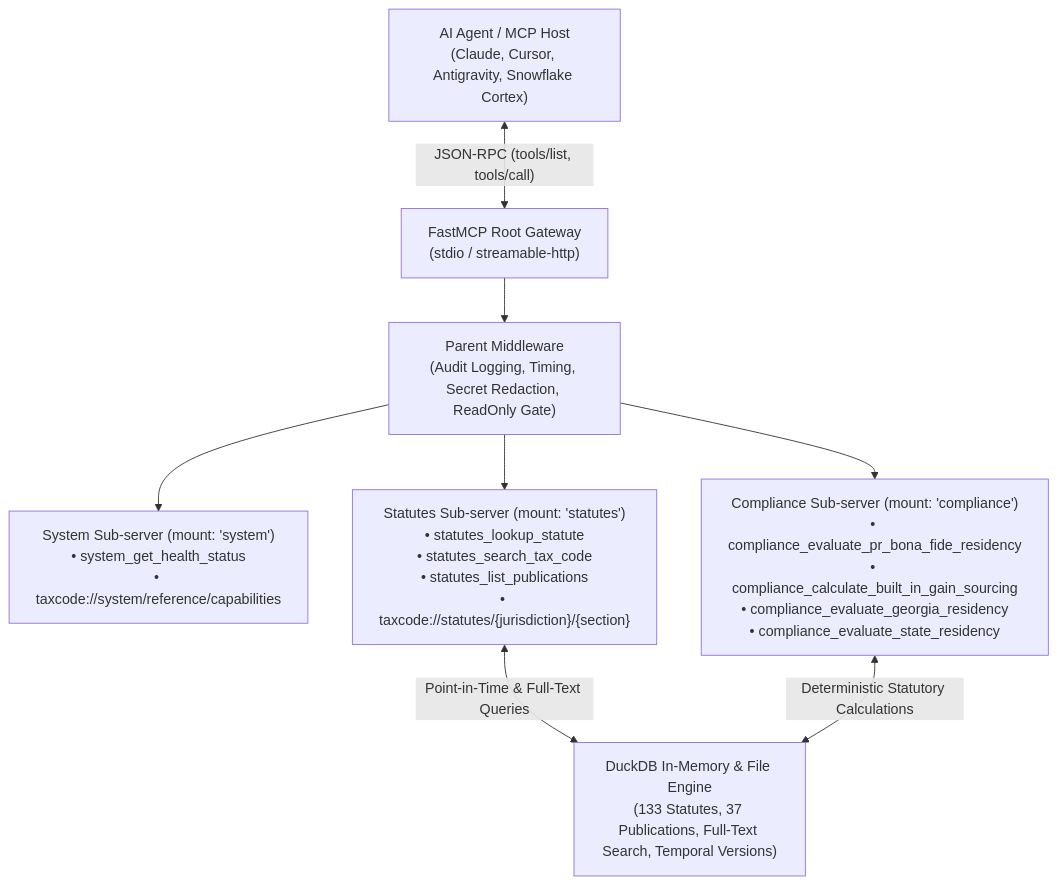
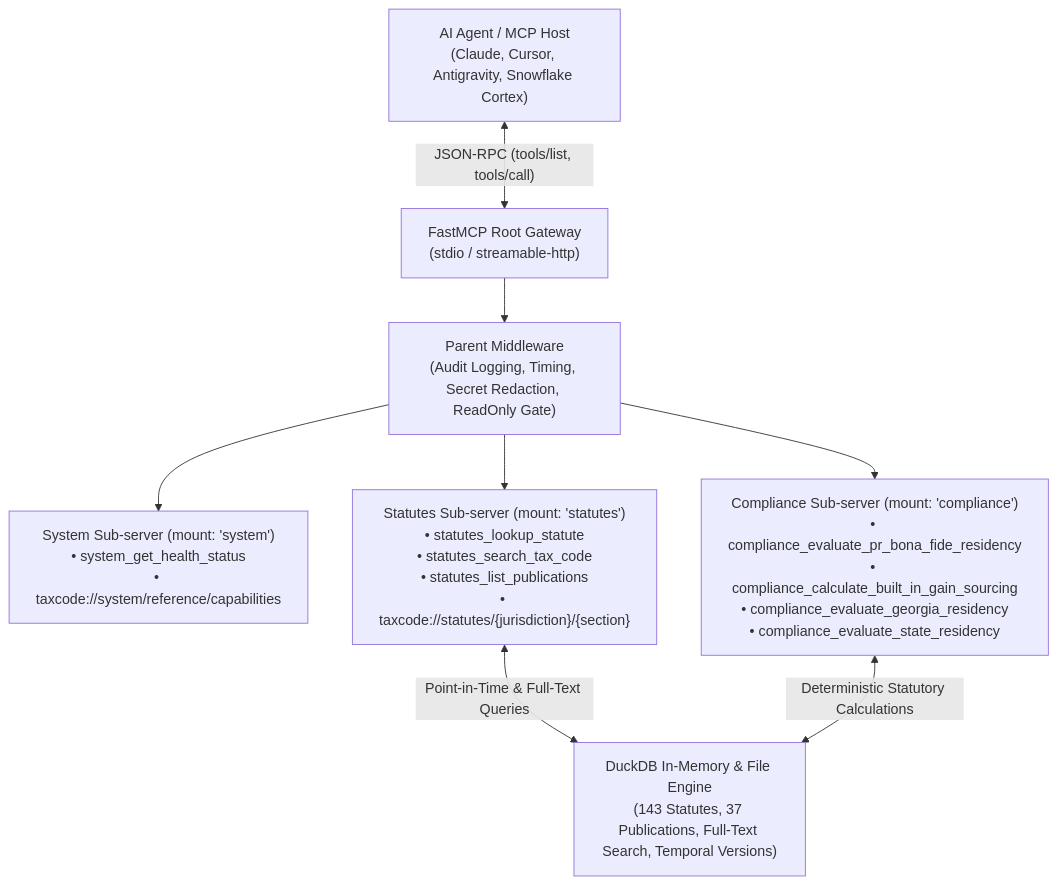
The diagram in README.md (christianclaudio/mcp-server-taxcode), drawn with Mermaid before and after one commit. The commit also changed 23 other files, not shown here.

````diff
--- a/README.md
+++ b/README.md
@@ -22,18 +22,18 @@
 ```mermaid
 graph TD
     Client["AI Agent / MCP Host<br>(Claude, Cursor, Antigravity, Snowflake Cortex)"]
     Gateway["FastMCP Root Gateway<br>(stdio / streamable-http)"]
     ParentMW["Parent Middleware<br>(Audit Logging, Timing, Secret Redaction, ReadOnly Gate)"]
     SysSub["System Sub-server (mount: 'system')<br>• system_get_health_status<br>• taxcode://system/reference/capabilities"]
     StatSub["Statutes Sub-server (mount: 'statutes')<br>• statutes_lookup_statute<br>• statutes_search_tax_code<br>• statutes_list_publications<br>• taxcode://statutes/{jurisdiction}/{section}"]
     CompSub["Compliance Sub-server (mount: 'compliance')<br>• compliance_evaluate_pr_bona_fide_residency<br>• compliance_calculate_built_in_gain_sourcing<br>• compliance_evaluate_georgia_residency<br>• compliance_evaluate_state_residency"]
-    DuckDB["DuckDB In-Memory & File Engine<br>(133 Statutes, 37 Publications, Full-Text Search, Temporal Versions)"]
+    DuckDB["DuckDB In-Memory & File Engine<br>(143 Statutes, 37 Publications, Full-Text Search, Temporal Versions)"]
 
     Client <-->|"JSON-RPC (tools/list, tools/call)"| Gateway
     Gateway --> ParentMW
     ParentMW --> SysSub
     ParentMW --> StatSub
     ParentMW --> CompSub
     StatSub <-->|"Point-in-Time & Full-Text Queries"| DuckDB
     CompSub <-->|"Deterministic Statutory Calculations"| DuckDB
 ```
````
